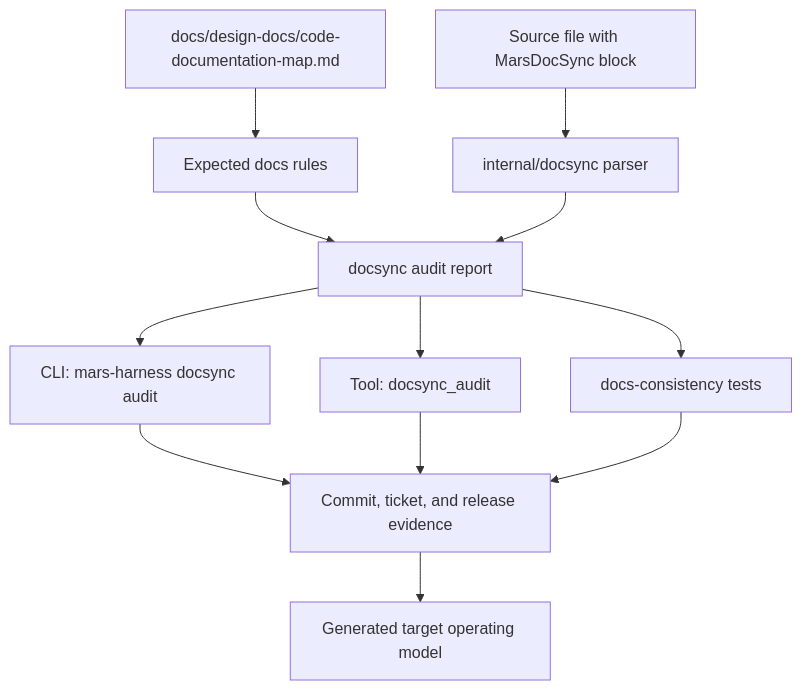
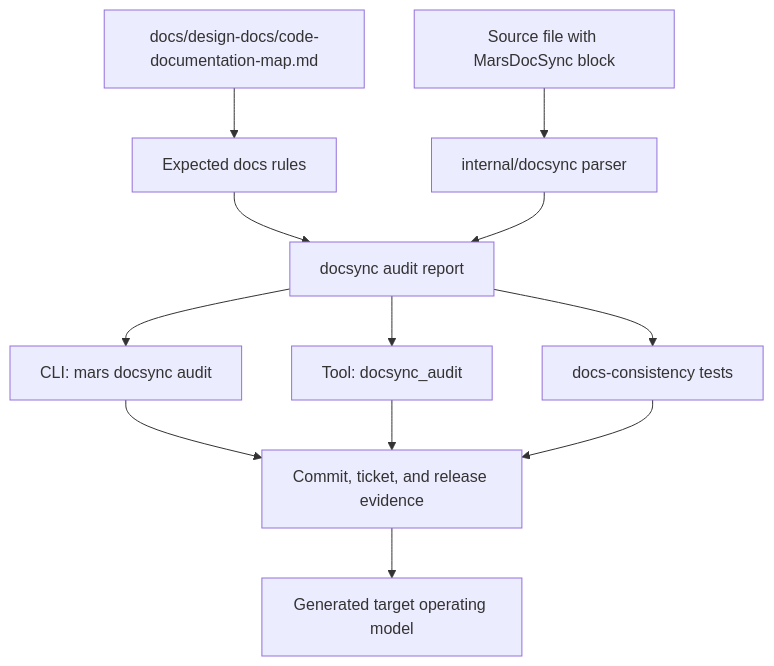
Before and after one commit to greaveselliott/MARS: the diagram in docs/design-docs/documentation-sync-architecture.md, drawn with Mermaid. The commit also changed other lines of this file and 394 other files, not shown here.

````diff
--- a/docs/design-docs/documentation-sync-architecture.md
+++ b/docs/design-docs/documentation-sync-architecture.md
@@ -87,14 +87,14 @@
 ```mermaid
 flowchart TD
     A["Source file with MarsDocSync block"] --> B["internal/docsync parser"]
     C["docs/design-docs/code-documentation-map.md"] --> D["Expected docs rules"]
     D --> E["docsync audit report"]
     B --> E
-    E --> F["CLI: mars-harness docsync audit"]
+    E --> F["CLI: mars docsync audit"]
     E --> G["Tool: docsync_audit"]
     E --> H["docs-consistency tests"]
     F --> I["Commit, ticket, and release evidence"]
     G --> I
     H --> I
     I --> J["Generated target operating model"]
 ```
````
